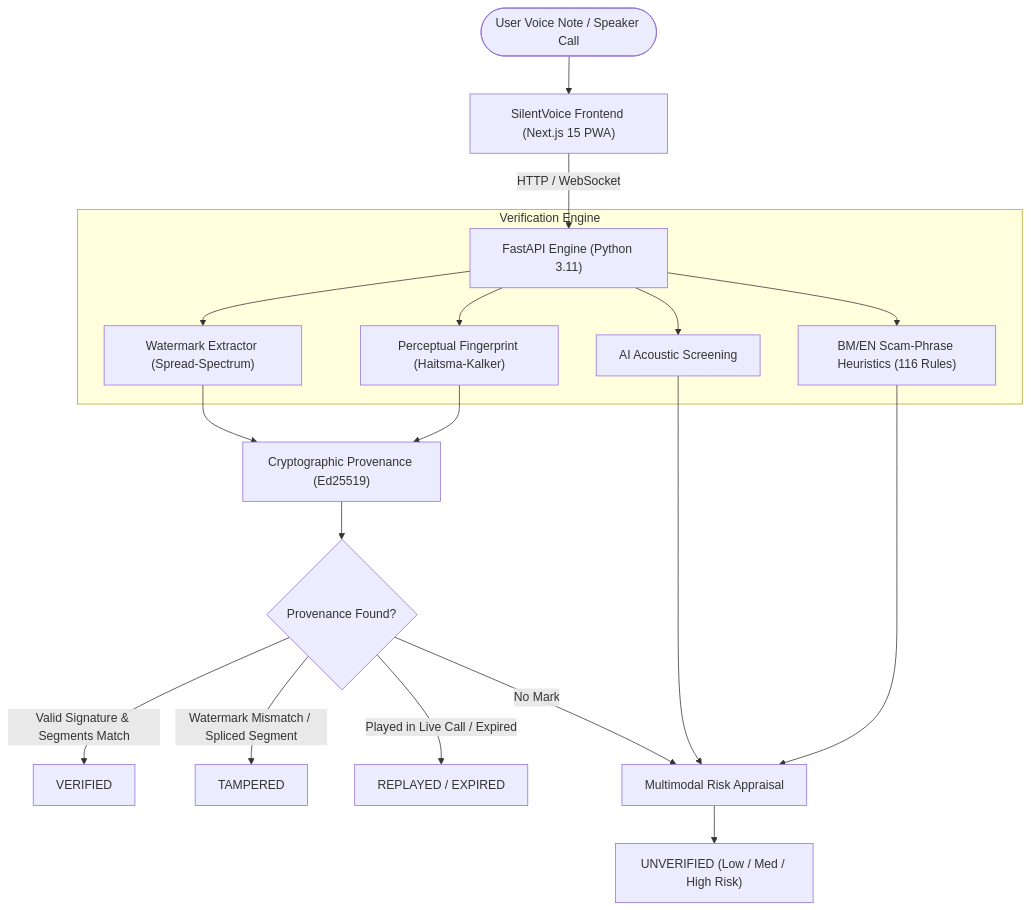
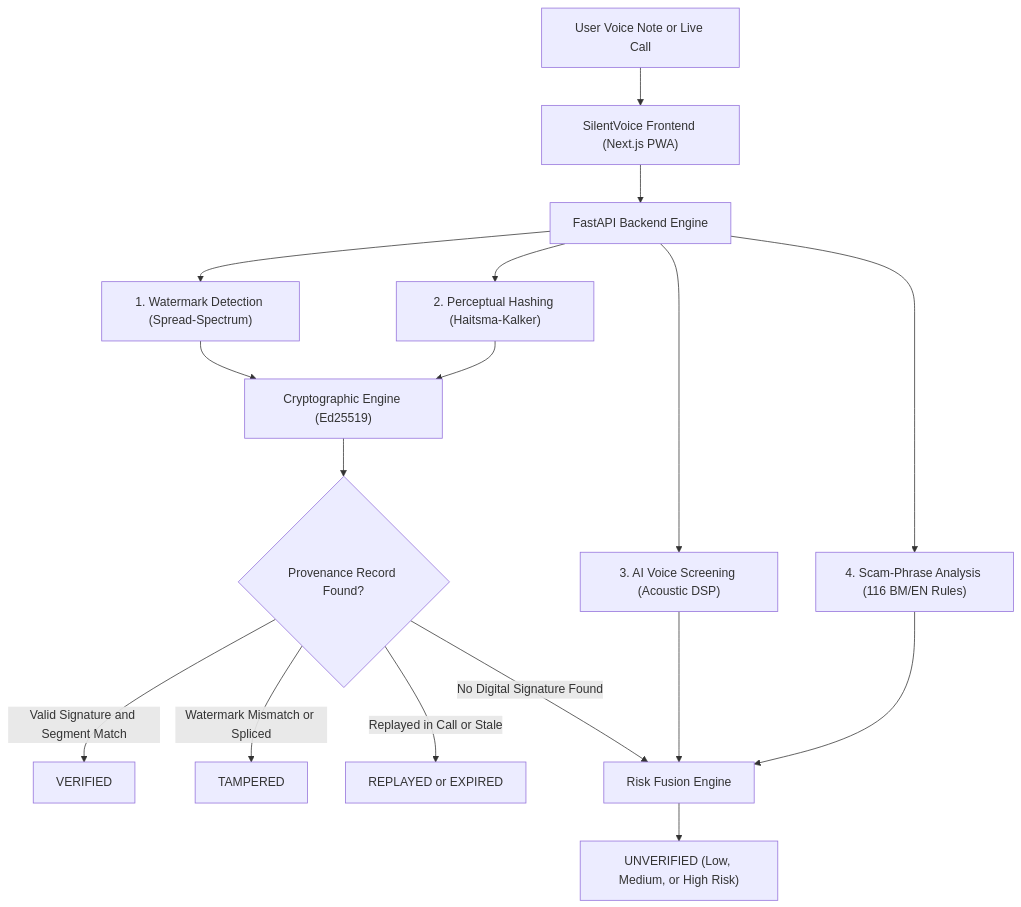
Before and after one commit to tyrezxs123/AYAM-GEPUK---SILENT-VOICE---CYBERSECURITY: the diagram in README.md, drawn with Mermaid. The commit also changed other lines of this file, not shown here.

Commit message:
fix(docs): resolve Mermaid syntax error for architecture diagram

````diff
--- a/README.md
+++ b/README.md
@@ -60,25 +60,23 @@
 ```mermaid
-graph TD
-    User([User Voice Note / Speaker Call]) --> WebApp["SilentVoice Frontend (Next.js 15 PWA)"]
-    WebApp -->|HTTP / WebSocket| Backend["FastAPI Engine (Python 3.11)"]
-    
-    subgraph "Verification Engine"
-        Backend --> Watermark["Watermark Extractor (Spread-Spectrum)"]
-        Backend --> Hash["Perceptual Fingerprint (Haitsma-Kalker)"]
-        Backend --> Heuristic["AI Acoustic Screening"]
-        Backend --> Phrases["BM/EN Scam-Phrase Heuristics (116 Rules)"]
-    end
+flowchart TD
+    User["User Voice Note or Live Call"] --> WebApp["SilentVoice Frontend (Next.js PWA)"]
+    WebApp --> Backend["FastAPI Backend Engine"]
 
-    Watermark --> Provenance["Cryptographic Provenance (Ed25519)"]
+    Backend --> Watermark["1. Watermark Detection (Spread-Spectrum)"]
+    Backend --> Hash["2. Perceptual Hashing (Haitsma-Kalker)"]
+    Backend --> AI["3. AI Voice Screening (Acoustic DSP)"]
+    Backend --> Phrases["4. Scam-Phrase Analysis (116 BM/EN Rules)"]
+
+    Watermark --> Provenance["Cryptographic Engine (Ed25519)"]
     Hash --> Provenance
-    
-    Provenance --> Decision{Provenance Found?}
-    Decision -->|Valid Signature & Segments Match| V1["VERIFIED"]
-    Decision -->|Watermark Mismatch / Spliced Segment| V2["TAMPERED"]
-    Decision -->|Played in Live Call / Expired| V3["REPLAYED / EXPIRED"]
-    Decision -->|No Mark| RiskFusion["Multimodal Risk Appraisal"]
-    
-    Heuristic --> RiskFusion
+
+    Provenance --> Decision{"Provenance Record Found?"}
+    Decision -->|"Valid Signature and Segment Match"| V1["VERIFIED"]
+    Decision -->|"Watermark Mismatch or Spliced"| V2["TAMPERED"]
+    Decision -->|"Replayed in Call or Stale"| V3["REPLAYED or EXPIRED"]
+    Decision -->|"No Digital Signature Found"| RiskFusion["Risk Fusion Engine"]
+
+    AI --> RiskFusion
     Phrases --> RiskFusion
-    RiskFusion --> V4["UNVERIFIED (Low / Med / High Risk)"]
+    RiskFusion --> V4["UNVERIFIED (Low, Medium, or High Risk)"]
 ```
````
